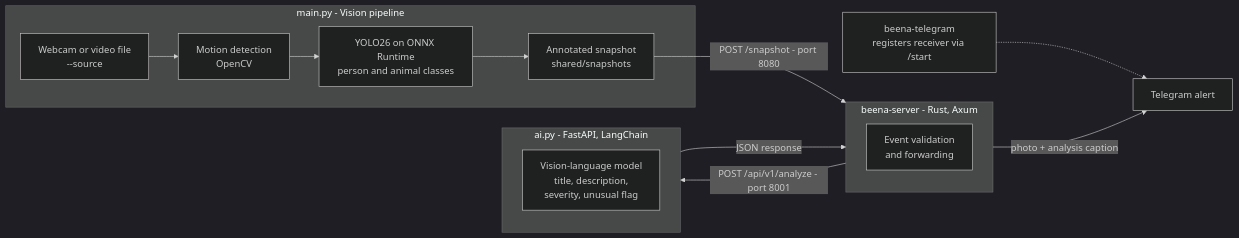
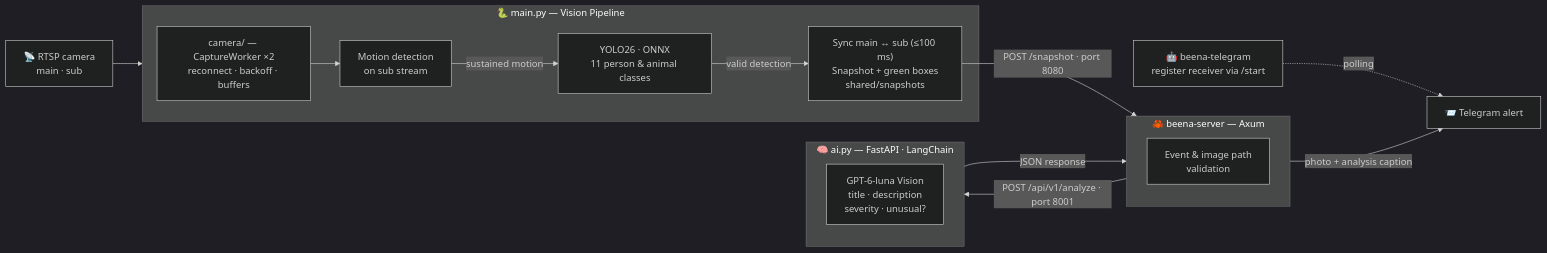
One commit to zqf20096327/ai_collect changed the diagram in data/readmes/Owurk__Beena.md. Above: the diagram before and after it, drawn with Mermaid (dark theme). The commit also changed other lines of this file and 3185 other files, not shown here.

````diff
--- a/data/readmes/Owurk__Beena.md
+++ b/data/readmes/Owurk__Beena.md
@@ -48,19 +50,20 @@
 ```mermaid
 flowchart LR
-    subgraph V["main.py - Vision pipeline"]
-        A["Webcam or video file<br/>--source"] --> B["Motion detection<br/>OpenCV"]
-        B --> C["YOLO26 on ONNX Runtime<br/>person and animal classes"]
-        C --> D["Annotated snapshot<br/>shared/snapshots"]
+    C["📡 RTSP camera<br/>main · sub"] --> V
+    subgraph V["🐍 main.py — Vision Pipeline"]
+        A["camera/ — CaptureWorker ×2<br/>reconnect · backoff · buffers"] --> B["Motion detection<br/>on sub stream"]
+        B -- "sustained motion" --> D["YOLO26 · ONNX<br/>11 person & animal classes"]
+        D -- "valid detection" --> E["Sync main ↔ sub (≤100 ms)<br/>Snapshot + green boxes<br/>shared/snapshots"]
     end
-    D -- "POST /snapshot - port 8080" --> S
-    subgraph S["beena-server - Rust, Axum"]
-        E["Event validation<br/>and forwarding"]
+    E -- "POST /snapshot · port 8080" --> S
+    subgraph S["🦀 beena-server — Axum"]
+        F["Event & image path<br/>validation"]
     end
-    S -- "POST /api/v1/analyze - port 8001" --> Z
-    subgraph Z["ai.py - FastAPI, LangChain"]
-        F["Vision-language model<br/>title, description,<br/>severity, unusual flag"]
+    S -- "POST /api/v1/analyze · port 8001" --> Z
+    subgraph Z["🧠 ai.py — FastAPI · LangChain"]
+        G["GPT-6-luna Vision<br/>title · description<br/>severity · unusual?"]
     end
     Z -- "JSON response" --> S
-    S -- "photo + analysis caption" --> T["Telegram alert"]
-    U["beena-telegram<br/>registers receiver via /start"] -.-> T
+    S -- "photo + analysis caption" --> T["📨 Telegram alert"]
+    U["🤖 beena-telegram<br/>register receiver via /start"] -. "polling" .-> T
 ```
````
